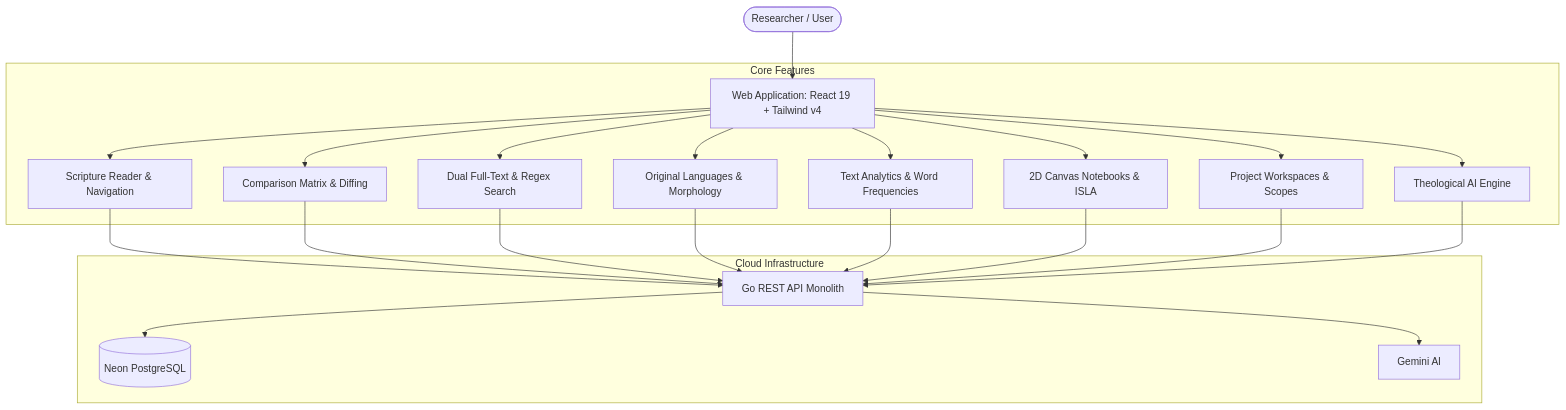
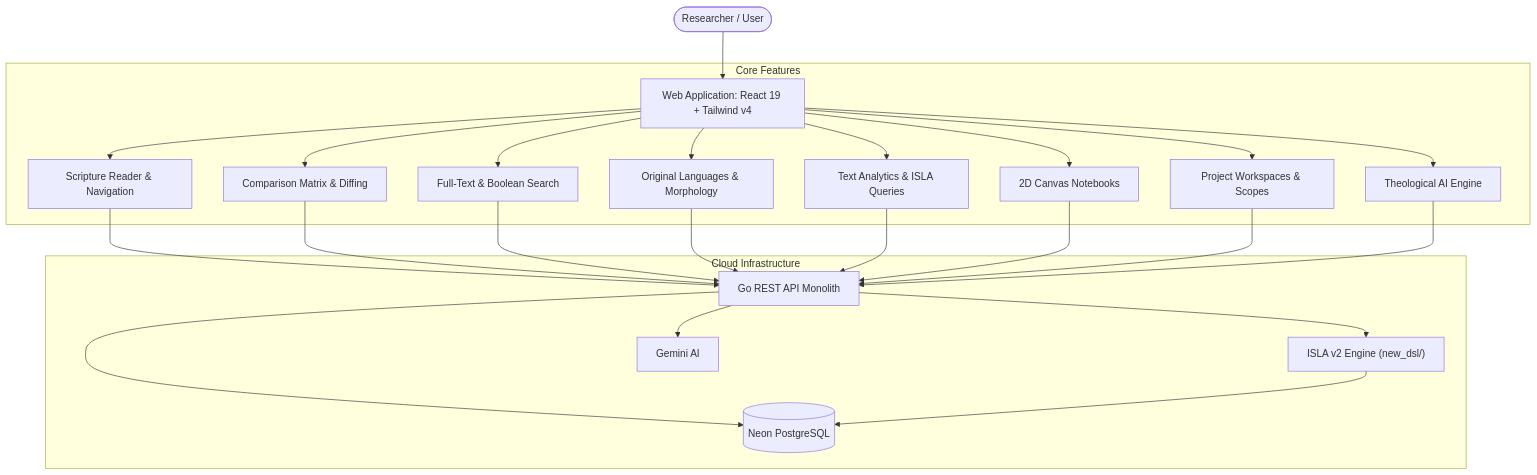
Before and after one commit to mvirtai/clible-v3-go: the diagram in docs/index.md, drawn with Mermaid. The commit also changed other lines of this file and 70 other files, not shown here.

````diff
--- a/docs/index.md
+++ b/docs/index.md
@@ -50,21 +82,23 @@
 ```mermaid
 graph TD
     User(["Researcher / User"]) --> UI["Web Application: React 19 + Tailwind v4"]
-    
+
     subgraph Core_Features ["Core Features"]
         UI --> R["Scripture Reader & Navigation"]
         UI --> C["Comparison Matrix & Diffing"]
-        UI --> S["Dual Full-Text & Regex Search"]
+        UI --> S["Full-Text & Boolean Search"]
         UI --> O["Original Languages & Morphology"]
-        UI --> A["Text Analytics & Word Frequencies"]
-        UI --> N["2D Canvas Notebooks & ISLA"]
+        UI --> A["Text Analytics & ISLA Queries"]
+        UI --> N["2D Canvas Notebooks"]
         UI --> W["Project Workspaces & Scopes"]
         UI --> AI["Theological AI Engine"]
     end
-    
+
     subgraph Cloud_Infrastructure ["Cloud Infrastructure"]
         R & C & S & O & A & N & W & AI --> API["Go REST API Monolith"]
+        API --> ISLA["ISLA v2 Engine (new_dsl/)"]
         API --> DB[("Neon PostgreSQL")]
         API --> AICloud["Gemini AI"]
+        ISLA --> DB
     end
 ```
````
